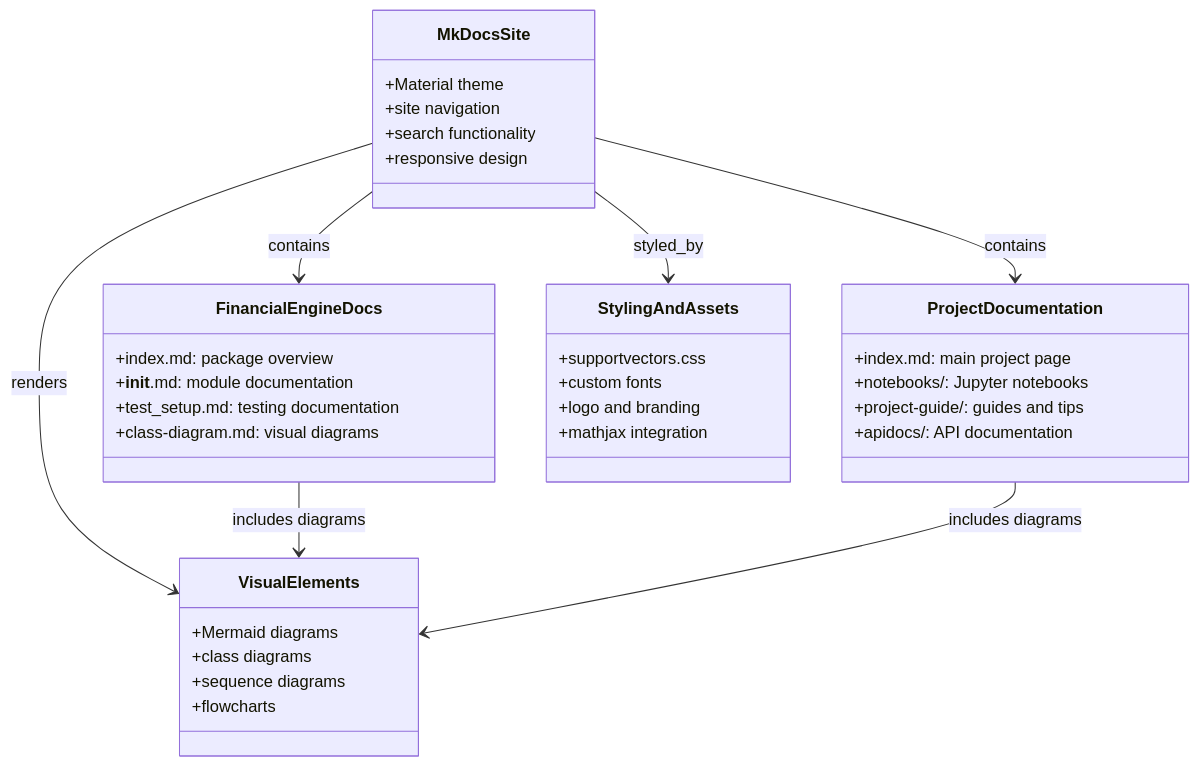
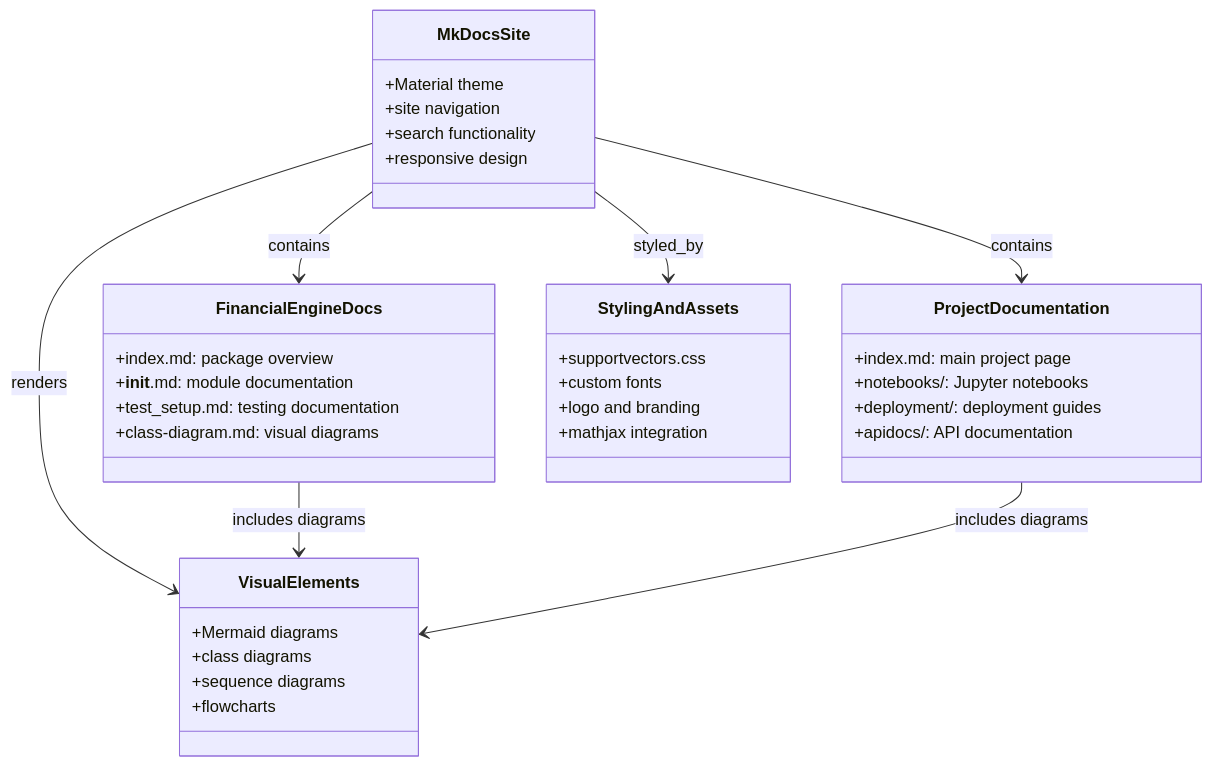
The fourth of 4 diagrams in docs/Financial Engine/class-diagram.md (SankarSubbayya/Finnie), drawn with Mermaid before and after one commit. The commit also changed 16 other files, not shown here.

````diff
--- a/docs/Financial Engine/class-diagram.md
+++ b/docs/Financial Engine/class-diagram.md
@@ -192,46 +192,46 @@
 ```mermaid
 classDiagram
     class MkDocsSite {
         +Material theme
         +site navigation
         +search functionality
         +responsive design
     }
 
     class FinancialEngineDocs {
         +index.md: package overview
         +__init__.md: module documentation
         +test_setup.md: testing documentation
         +class-diagram.md: visual diagrams
     }
 
     class ProjectDocumentation {
         +index.md: main project page
         +notebooks/: Jupyter notebooks
-        +project-guide/: guides and tips
+        +deployment/: deployment guides
         +apidocs/: API documentation
     }
 
     class VisualElements {
         +Mermaid diagrams
         +class diagrams
         +sequence diagrams
         +flowcharts
     }
 
     class StylingAndAssets {
         +supportvectors.css
         +custom fonts
         +logo and branding
         +mathjax integration
     }
 
     %% Relationships
     MkDocsSite --> FinancialEngineDocs : contains
     MkDocsSite --> ProjectDocumentation : contains
     MkDocsSite --> VisualElements : renders
     MkDocsSite --> StylingAndAssets : styled_by
     
     FinancialEngineDocs --> VisualElements : includes diagrams
     ProjectDocumentation --> VisualElements : includes diagrams
 ```
````
